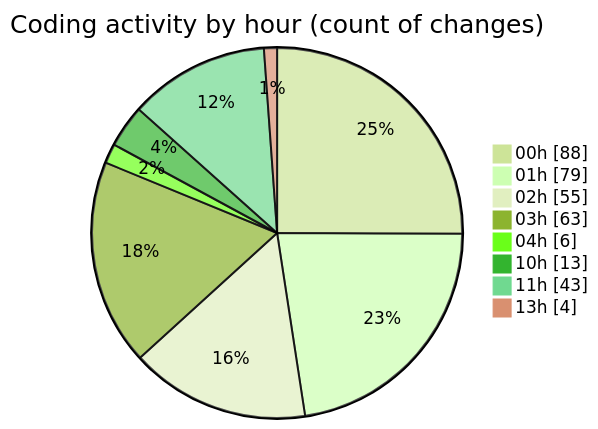
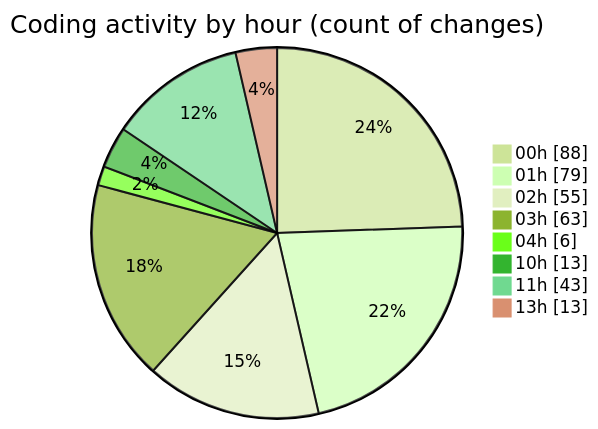
Before and after one commit to lephambinh05/code-tracking: the second of 2 diagrams in 2025-08-16/rentotp/README.md, drawn with Mermaid (forest theme). The commit also changed other lines of this file and 1 other file, not shown here.

````diff
--- a/2025-08-16/rentotp/README.md
+++ b/2025-08-16/rentotp/README.md
@@ -81,12 +83,12 @@
 ```mermaid
 pie showData
 title Coding activity by hour (count of changes)
 "00h" : 88
 "01h" : 79
 "02h" : 55
 "03h" : 63
 "04h" : 6
 "10h" : 13
 "11h" : 43
-"13h" : 4
+"13h" : 13
 ```
````
